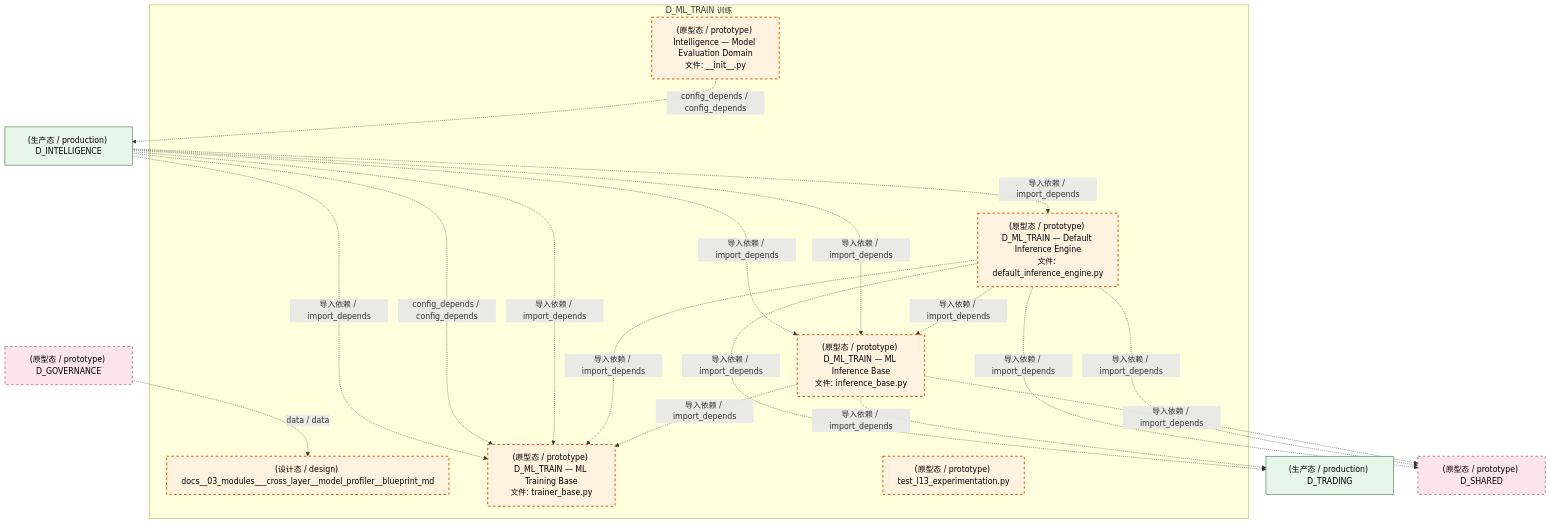
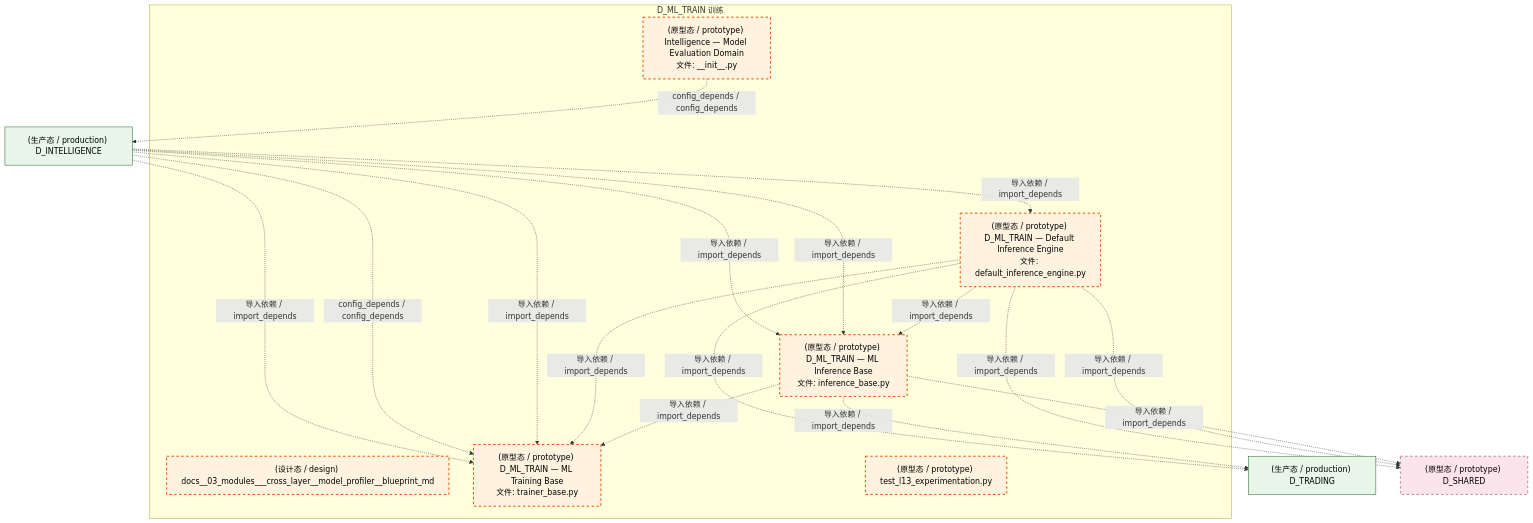
The first of 4 diagrams in docs/02_enterprise_architecture/02_domain_architecture_docs/50_d_ml_train.md (xuanFelixVan/ZephyrAlpha), drawn with Mermaid before and after one commit. The commit also changed other lines of this file and 126 other files, not shown here.

````diff
--- a/docs/02_enterprise_architecture/02_domain_architecture_docs/50_d_ml_train.md
+++ b/docs/02_enterprise_architecture/02_domain_architecture_docs/50_d_ml_train.md
@@ -74,38 +74,36 @@
 ```mermaid
 graph TD
     subgraph D_ML_TRAIN["D_ML_TRAIN 训练"]
         docs_03_modules_cross_layer_model_profiler_blueprint_md["(设计态 / design) docs__03_modules___cross_layer__model_profiler__blueprint_md"]
         src_zephyr_intelligence_model_evaluation_init_py["(原型态 / prototype) Intelligence — Model Evaluation Domain<br/>文件: __init__.py"]
         src_zephyr_ml_train_implementations_default_inference_engine_py["(原型态 / prototype) D_ML_TRAIN — Default Inference Engine<br/>文件: default_inference_engine.py"]
         src_zephyr_ml_train_inference_base_py["(原型态 / prototype) D_ML_TRAIN — ML Inference Base<br/>文件: inference_base.py"]
         src_zephyr_ml_train_trainer_base_py["(原型态 / prototype) D_ML_TRAIN — ML Training Base<br/>文件: trainer_base.py"]
         tests_ml_experiment_test_l13_experimentation_py["(原型态 / prototype) test_l13_experimentation.py"]
     end
     src_zephyr_ml_train_inference_base_py -.->|导入依赖 / import_depends| src_zephyr_ml_train_trainer_base_py
     src_zephyr_ml_train_implementations_default_inference_engine_py -.->|导入依赖 / import_depends| src_zephyr_ml_train_trainer_base_py
     src_zephyr_ml_train_implementations_default_inference_engine_py -.->|导入依赖 / import_depends| src_zephyr_ml_train_inference_base_py
     D_INTELLIGENCE["(生产态 / production) D_INTELLIGENCE"]
     src_zephyr_intelligence_model_evaluation_init_py -.->|config_depends / config_depends| D_INTELLIGENCE
     D_TRADING["(生产态 / production) D_TRADING"]
     src_zephyr_ml_train_inference_base_py -.->|导入依赖 / import_depends| D_TRADING
     D_SHARED["(原型态 / prototype) D_SHARED"]
     src_zephyr_ml_train_inference_base_py -.->|导入依赖 / import_depends| D_SHARED
     src_zephyr_ml_train_implementations_default_inference_engine_py -.->|导入依赖 / import_depends| D_SHARED
+    src_zephyr_ml_train_implementations_default_inference_engine_py -.->|导入依赖 / import_depends| D_SHARED
     src_zephyr_ml_train_implementations_default_inference_engine_py -.->|导入依赖 / import_depends| D_TRADING
-    src_zephyr_ml_train_implementations_default_inference_engine_py -.->|导入依赖 / import_depends| D_SHARED
     D_INTELLIGENCE -.->|导入依赖 / import_depends| src_zephyr_ml_train_inference_base_py
     D_INTELLIGENCE -.->|导入依赖 / import_depends| src_zephyr_ml_train_implementations_default_inference_engine_py
     D_INTELLIGENCE -.->|导入依赖 / import_depends| src_zephyr_ml_train_trainer_base_py
     D_INTELLIGENCE -.->|config_depends / config_depends| src_zephyr_ml_train_trainer_base_py
     D_INTELLIGENCE -.->|导入依赖 / import_depends| src_zephyr_ml_train_inference_base_py
     D_INTELLIGENCE -.->|导入依赖 / import_depends| src_zephyr_ml_train_trainer_base_py
-    D_GOVERNANCE["(原型态 / prototype) D_GOVERNANCE"]
-    D_GOVERNANCE -.->|data / data| docs_03_modules_cross_layer_model_profiler_blueprint_md
     classDef production fill:#e1f5fe,stroke:#01579b,stroke-width:2px,color:#000
     classDef design fill:#fff3e0,stroke:#e65100,stroke-width:2px,color:#000,stroke-dasharray: 5 5
     classDef external_prod fill:#e8f5e9,stroke:#1b5e20,stroke-width:1px,color:#000
     classDef external_design fill:#fce4ec,stroke:#880e4f,stroke-width:1px,color:#000,stroke-dasharray: 5 5
     class docs_03_modules_cross_layer_model_profiler_blueprint_md,src_zephyr_intelligence_model_evaluation_init_py,src_zephyr_ml_train_implementations_default_inference_engine_py,src_zephyr_ml_train_inference_base_py,src_zephyr_ml_train_trainer_base_py,tests_ml_experiment_test_l13_experimentation_py design
     class D_INTELLIGENCE,D_TRADING external_prod
-    class D_SHARED,D_GOVERNANCE external_design
+    class D_SHARED external_design
 ```
````
